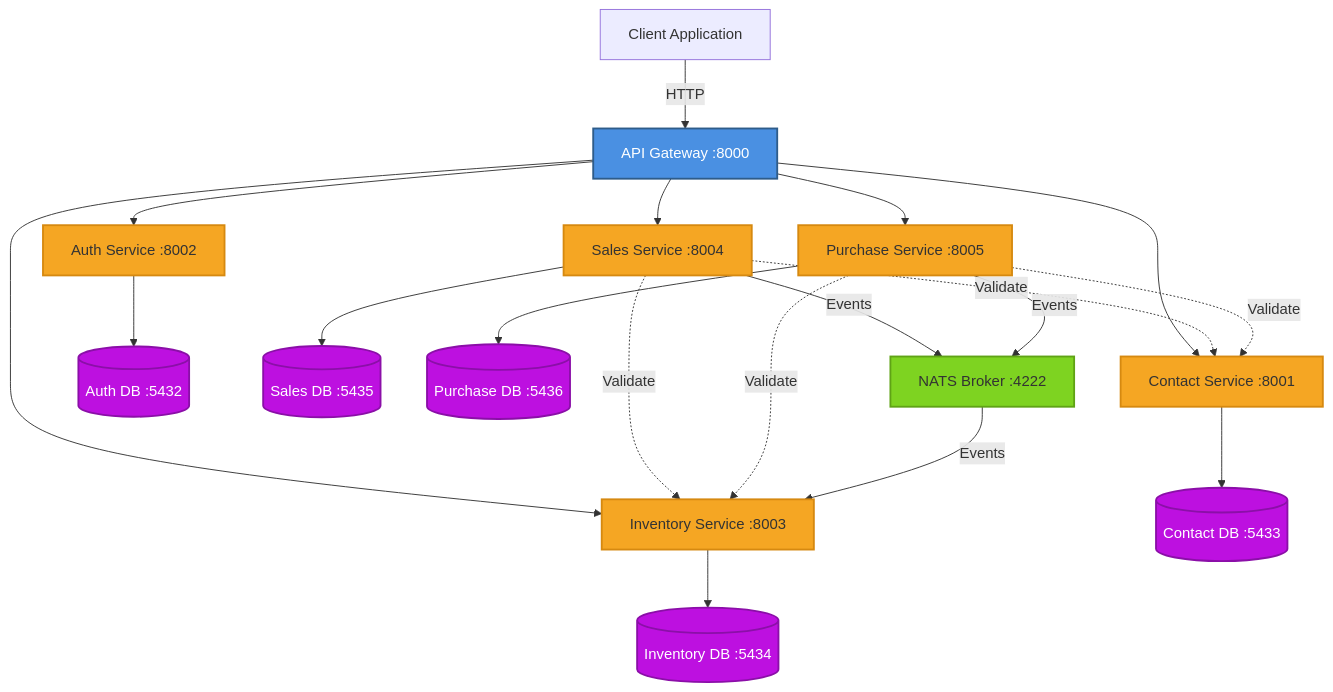
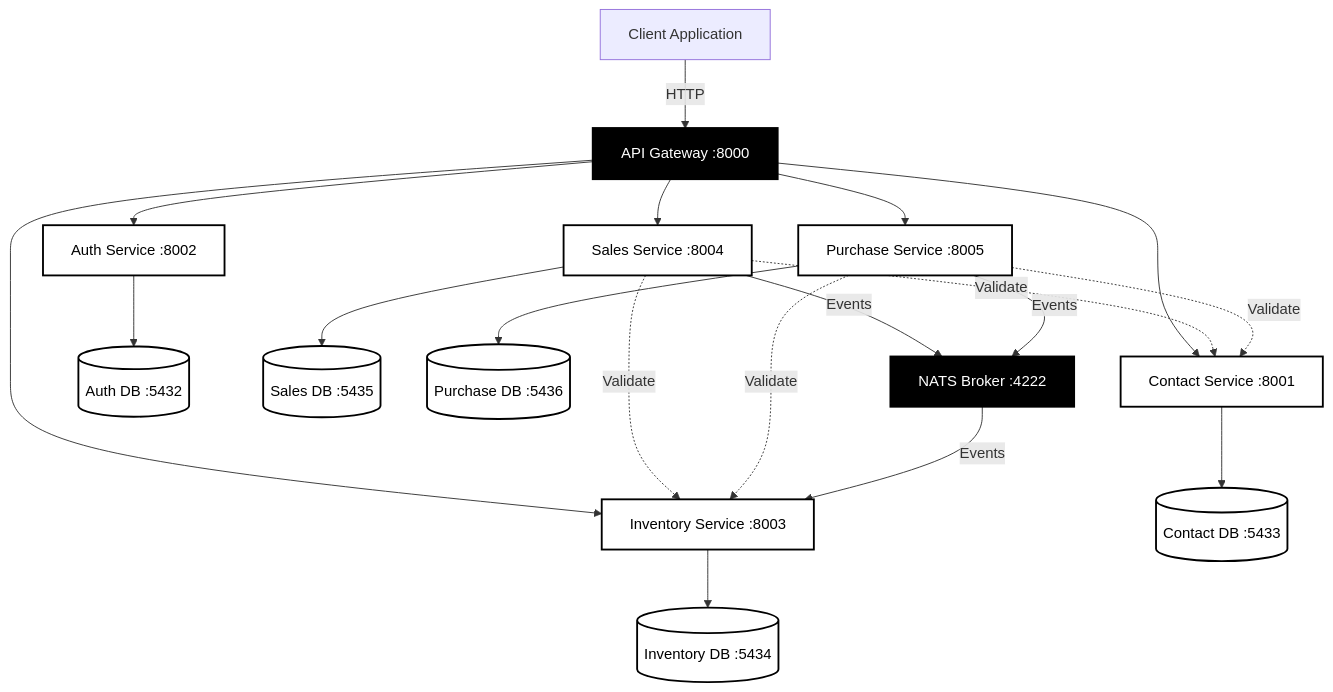
One commit to azme12/erp-order-platform-monorepo-microservices- changed the diagram in README.md. Above: the diagram before and after it, drawn with Mermaid.

Commit message:
finalizing project with swager and postman

````diff
--- a/README.md
+++ b/README.md
@@ -86,54 +86,54 @@
 ```mermaid
 graph TB
     Client[Client Application]
     Gateway[API Gateway :8000]
     
     Auth[Auth Service :8002]
     Contact[Contact Service :8001]
     Inventory[Inventory Service :8003]
     Sales[Sales Service :8004]
     Purchase[Purchase Service :8005]
     
     AuthDB[(Auth DB :5432)]
     ContactDB[(Contact DB :5433)]
     InventoryDB[(Inventory DB :5434)]
     SalesDB[(Sales DB :5435)]
     PurchaseDB[(Purchase DB :5436)]
     
     NATS[NATS Broker :4222]
     
     Client -->|HTTP| Gateway
     Gateway --> Auth
     Gateway --> Contact
     Gateway --> Inventory
     Gateway --> Sales
     Gateway --> Purchase
     
     Auth --> AuthDB
     Contact --> ContactDB
     Inventory --> InventoryDB
     Sales --> SalesDB
     Purchase --> PurchaseDB
     
     Sales -.->|Validate| Contact
     Purchase -.->|Validate| Contact
     Sales -.->|Validate| Inventory
     Purchase -.->|Validate| Inventory
     
     Sales -->|Events| NATS
     Purchase -->|Events| NATS
     NATS -->|Events| Inventory
     
-    style Gateway fill:#4A90E2,stroke:#2E5C8A,stroke-width:2px,color:#fff
-    style Auth fill:#F5A623,stroke:#D68910,stroke-width:2px
-    style Contact fill:#F5A623,stroke:#D68910,stroke-width:2px
-    style Inventory fill:#F5A623,stroke:#D68910,stroke-width:2px
-    style Sales fill:#F5A623,stroke:#D68910,stroke-width:2px
-    style Purchase fill:#F5A623,stroke:#D68910,stroke-width:2px
-    style NATS fill:#7ED321,stroke:#5FA315,stroke-width:2px
-    style AuthDB fill:#BD10E0,stroke:#8B0FA8,stroke-width:2px,color:#fff
-    style ContactDB fill:#BD10E0,stroke:#8B0FA8,stroke-width:2px,color:#fff
-    style InventoryDB fill:#BD10E0,stroke:#8B0FA8,stroke-width:2px,color:#fff
-    style SalesDB fill:#BD10E0,stroke:#8B0FA8,stroke-width:2px,color:#fff
-    style PurchaseDB fill:#BD10E0,stroke:#8B0FA8,stroke-width:2px,color:#fff
+    style Gateway fill:#000000,stroke:#000000,stroke-width:3px,color:#ffffff
+    style Auth fill:#ffffff,stroke:#000000,stroke-width:2px,color:#000000
+    style Contact fill:#ffffff,stroke:#000000,stroke-width:2px,color:#000000
+    style Inventory fill:#ffffff,stroke:#000000,stroke-width:2px,color:#000000
+    style Sales fill:#ffffff,stroke:#000000,stroke-width:2px,color:#000000
+    style Purchase fill:#ffffff,stroke:#000000,stroke-width:2px,color:#000000
+    style NATS fill:#000000,stroke:#000000,stroke-width:2px,color:#ffffff
+    style AuthDB fill:#ffffff,stroke:#000000,stroke-width:2px,color:#000000
+    style ContactDB fill:#ffffff,stroke:#000000,stroke-width:2px,color:#000000
+    style InventoryDB fill:#ffffff,stroke:#000000,stroke-width:2px,color:#000000
+    style SalesDB fill:#ffffff,stroke:#000000,stroke-width:2px,color:#000000
+    style PurchaseDB fill:#ffffff,stroke:#000000,stroke-width:2px,color:#000000
 ```
````
